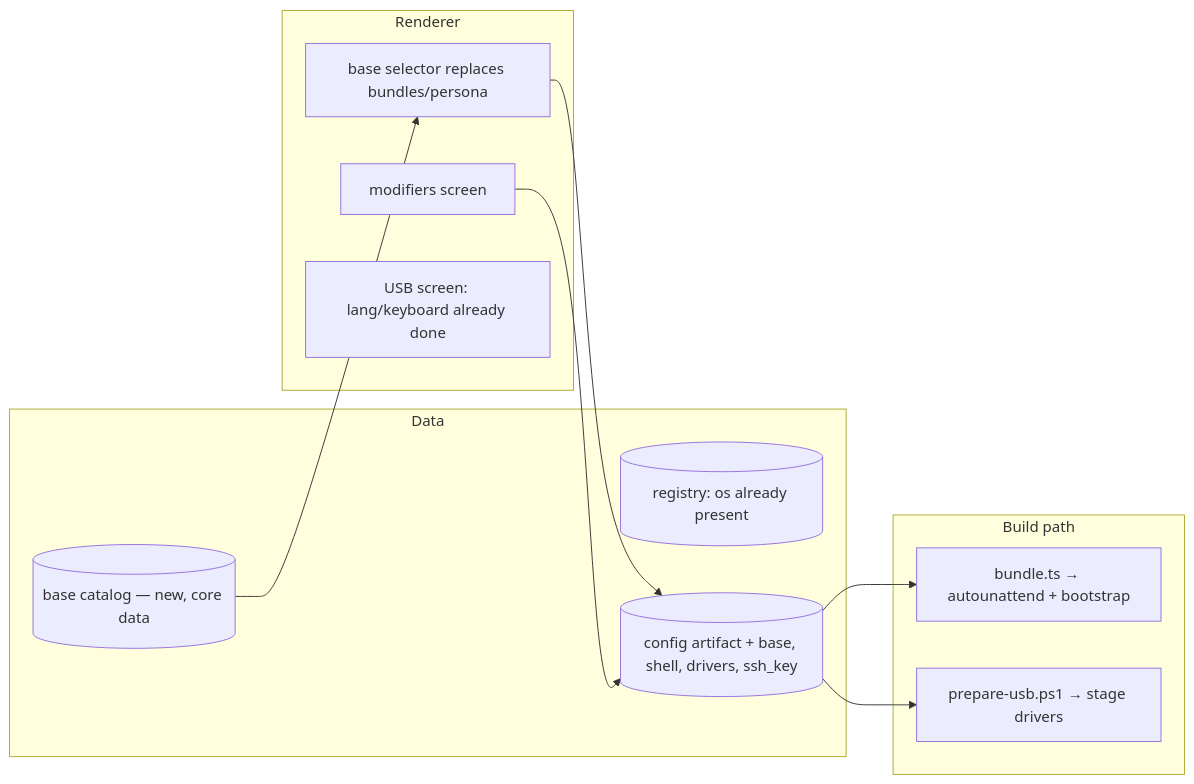
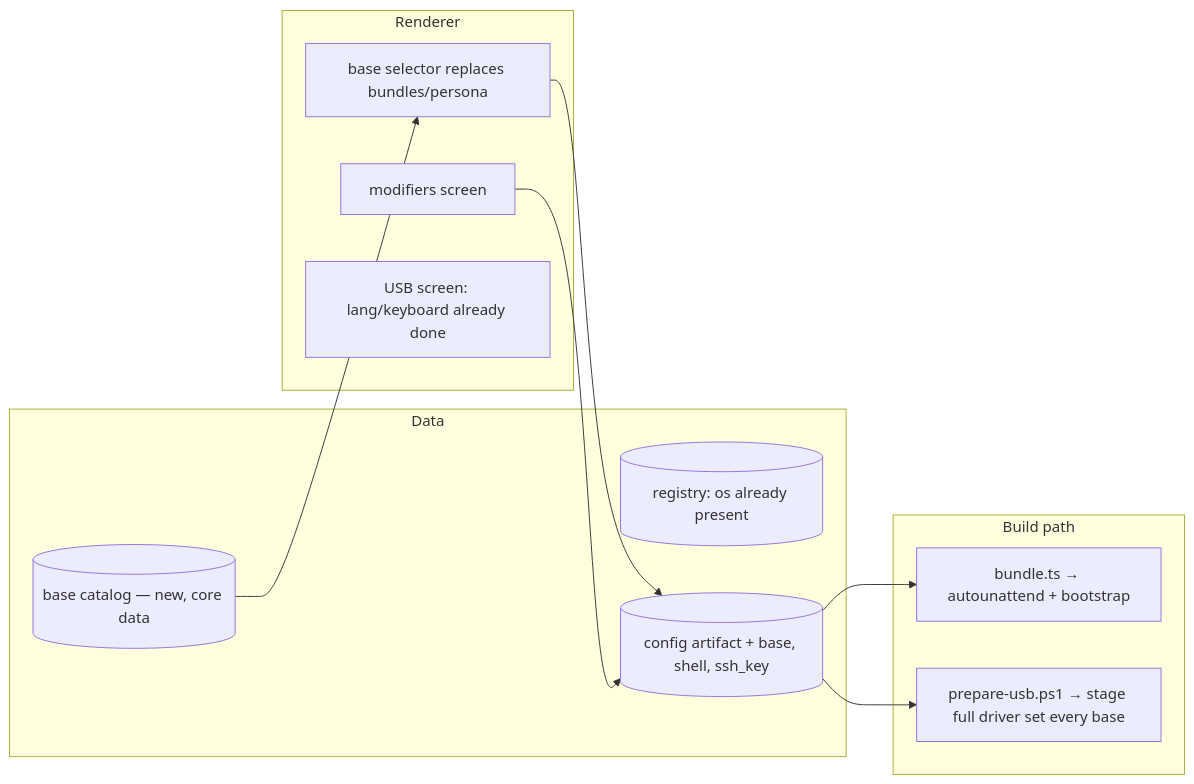
The second of 2 diagrams in docs/v2/design-base-layer.md (bootible/bootible), drawn with Mermaid before and after one commit. The commit also changed other lines of this file, not shown here.

First line of the commit message:
docs(v2): drivers are a universal floor, not a per-base dimension

````diff
--- a/docs/v2/design-base-layer.md
+++ b/docs/v2/design-base-layer.md
@@ -103,21 +109,21 @@
 ```mermaid
 flowchart LR
   subgraph DATA[Data]
     REG[(registry: os already present)]
     BASES[(base catalog — new, core data)]
-    ART[(config artifact + base, shell, drivers, ssh_key)]
+    ART[(config artifact + base, shell, ssh_key)]
   end
   subgraph BUILD[Build path]
     BUNDLE[bundle.ts → autounattend + bootstrap]
-    PREP[prepare-usb.ps1 → stage drivers]
+    PREP[prepare-usb.ps1 → stage full driver set every base]
   end
   subgraph UI[Renderer]
     SEL[base selector replaces bundles/persona]
     MODS[modifiers screen]
     USB[USB screen: lang/keyboard already done]
   end
   BASES --> SEL --> ART
   MODS --> ART
   ART --> BUNDLE
   ART --> PREP
 ```
````
